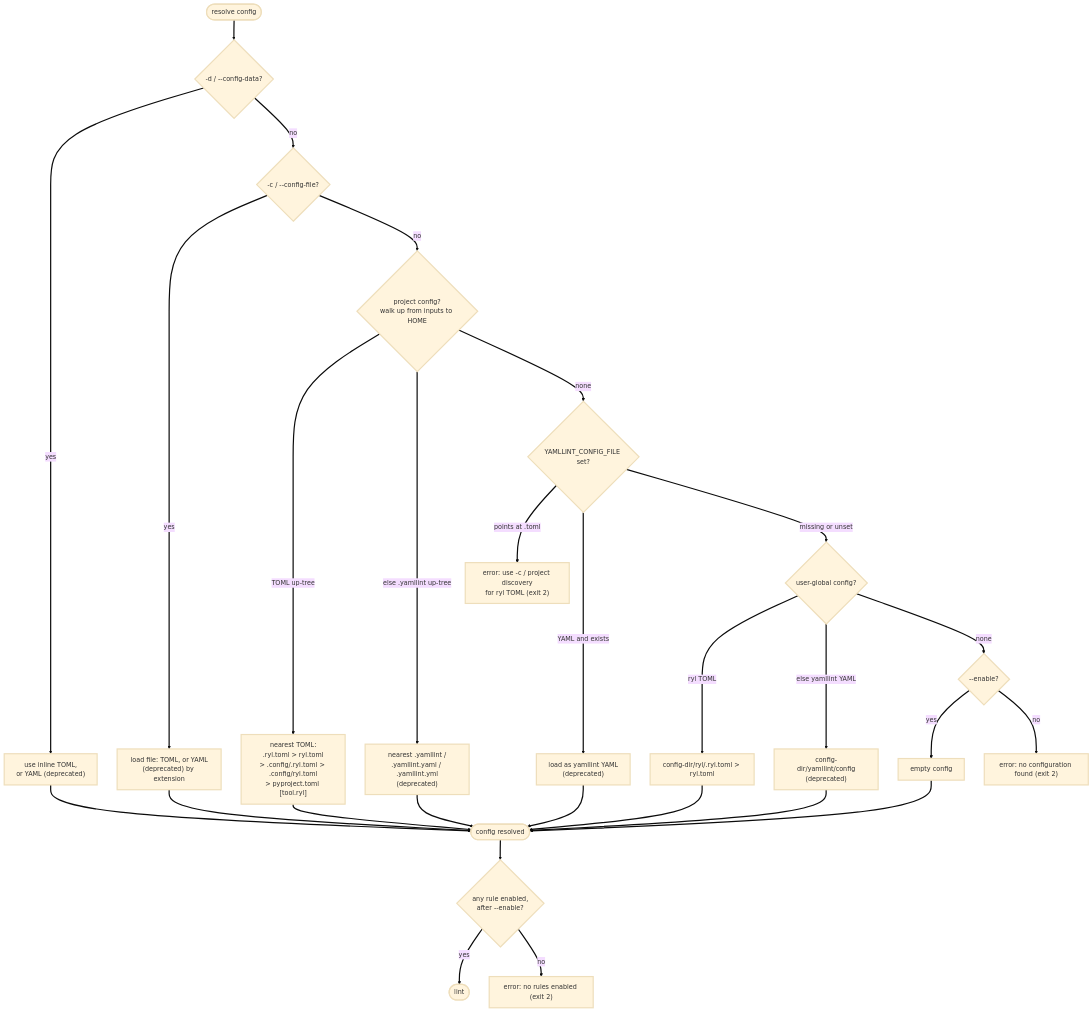
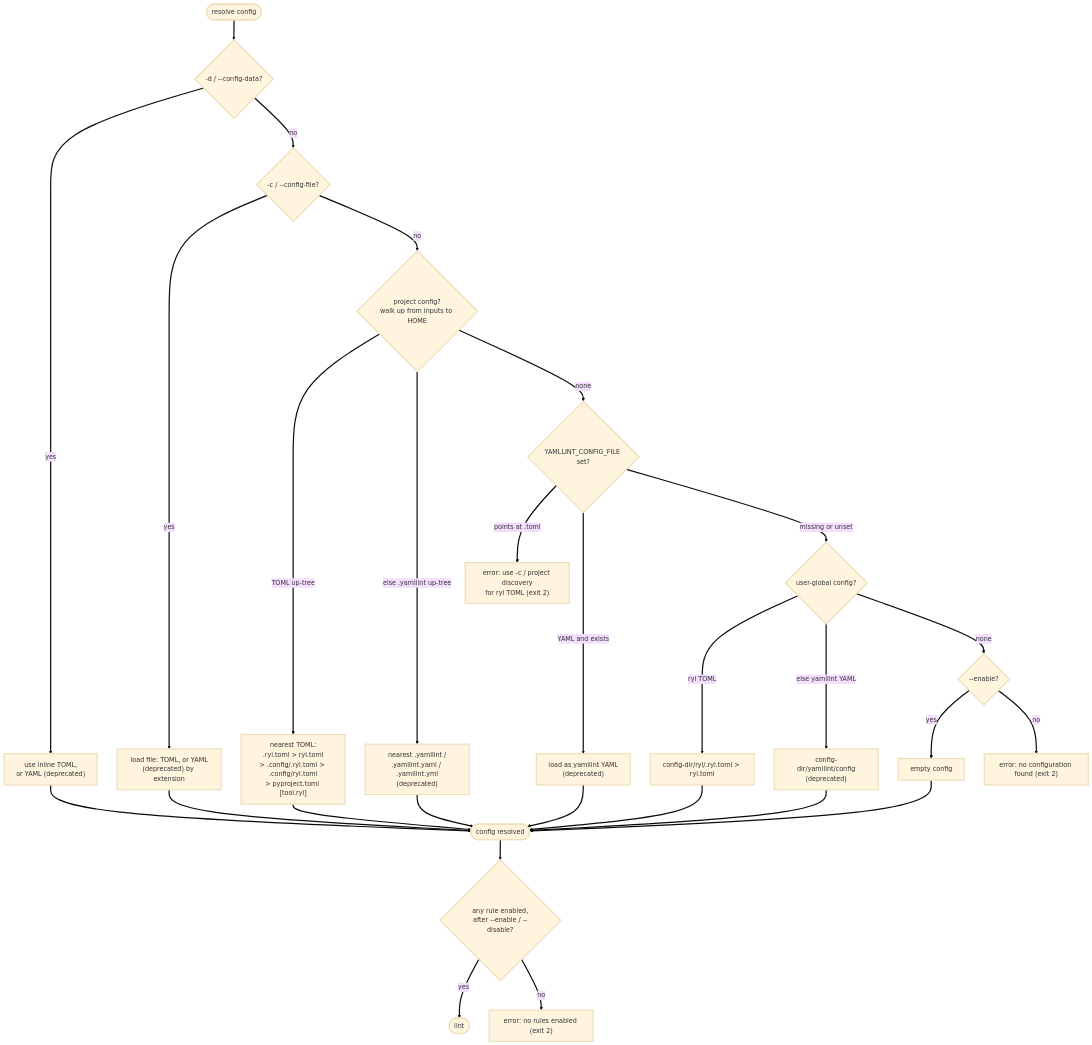
The diagram in docs/getting-started/quickstart.md (owenlamont/ryl), drawn with Mermaid (base theme) before and after one commit. The commit also changed other lines of this file and 11 other files, not shown here.

````diff
--- a/docs/getting-started/quickstart.md
+++ b/docs/getting-started/quickstart.md
@@ -351,24 +372,24 @@
 ```mermaid
 flowchart TD
     Start([resolve config]) --> D{"-d / --config-data?"}
     D -->|yes| UseInline["use inline TOML,<br/>or YAML (deprecated)"] --> Done([config resolved])
     D -->|no| C{"-c / --config-file?"}
     C -->|yes| UseFile["load file: TOML, or YAML<br/>(deprecated) by extension"] --> Done
     C -->|no| P{"project config?<br/>walk up from inputs to HOME"}
     P -->|"TOML up-tree"| UseProjToml["nearest TOML:<br/>.ryl.toml &gt; ryl.toml<br/>&gt; .config/.ryl.toml &gt; .config/ryl.toml<br/>&gt; pyproject.toml [tool.ryl]"] --> Done
     P -->|"else .yamllint up-tree"| UseProjYaml["nearest .yamllint /<br/>.yamllint.yaml / .yamllint.yml<br/>(deprecated)"] --> Done
     P -->|none| E{"YAMLLINT_CONFIG_FILE set?"}
     E -->|"points at .toml"| Err1["error: use -c / project discovery<br/>for ryl TOML (exit 2)"]
     E -->|"YAML and exists"| UseEnv["load as yamllint YAML<br/>(deprecated)"] --> Done
     E -->|"missing or unset"| G{"user-global config?"}
     G -->|"ryl TOML"| UseRyl["config-dir/ryl/.ryl.toml &gt; ryl.toml"] --> Done
     G -->|"else yamllint YAML"| UseYl["config-dir/yamllint/config<br/>(deprecated)"] --> Done
     G -->|none| N{"--enable?"}
     N -->|yes| UseEmpty["empty config"] --> Done
     N -->|no| Err2["error: no configuration found (exit 2)"]
-    Done --> R{"any rule enabled,<br/>after --enable?"}
+    Done --> R{"any rule enabled,<br/>after --enable / --disable?"}
     R -->|yes| OK([lint])
     R -->|no| Err3["error: no rules enabled (exit 2)"]
     classDef default stroke-width:3px;
     linkStyle default stroke-width:3px;
 ```
````
